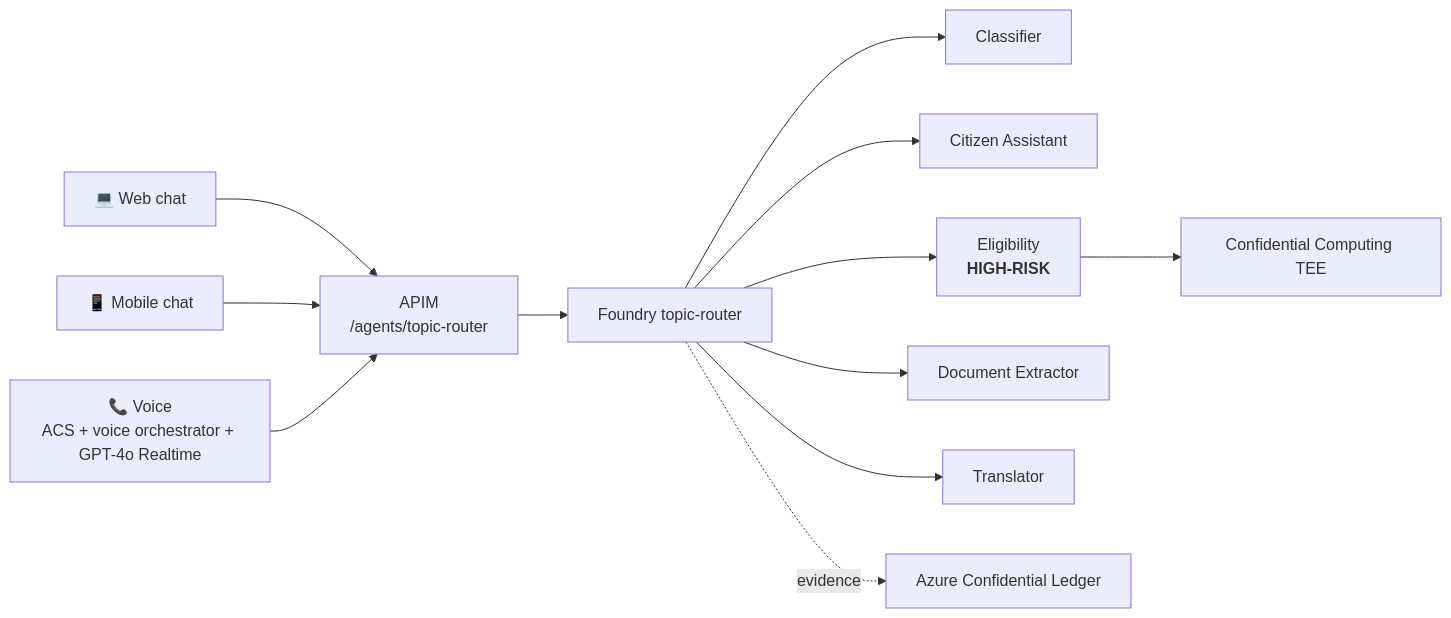
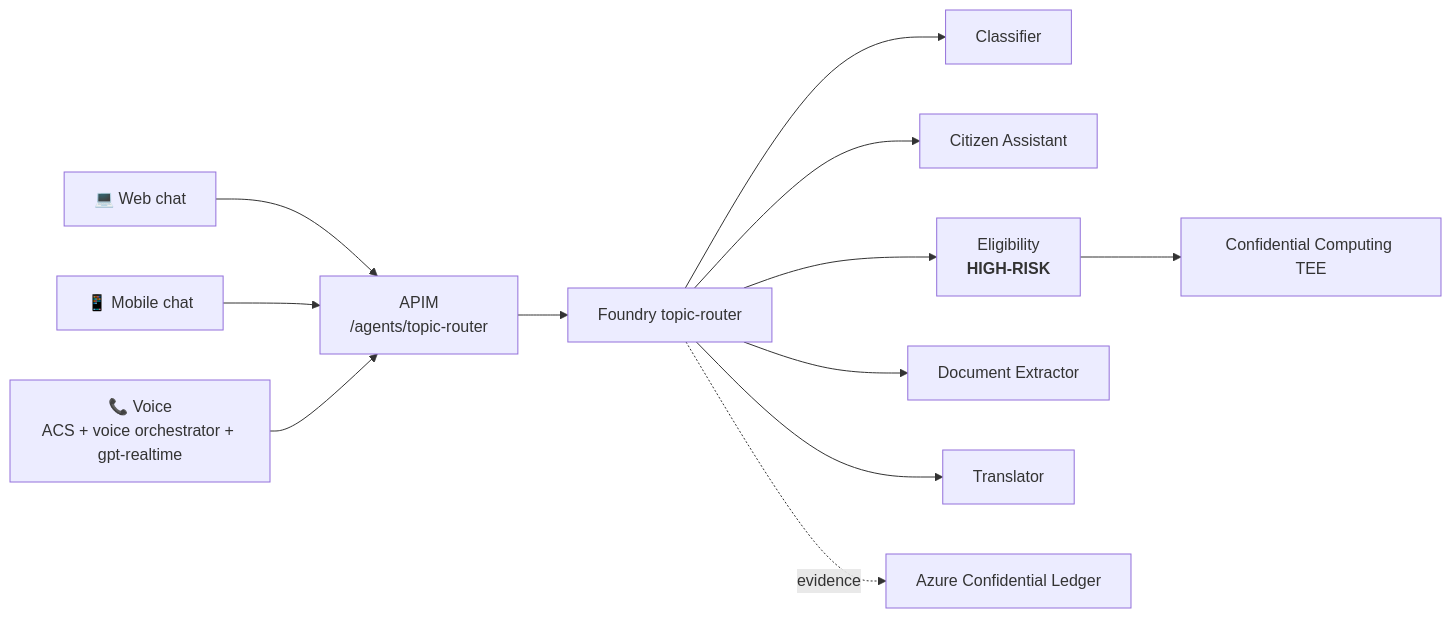
One commit to fredgis/UDCSP changed the second of 6 diagrams in docs/biz/ai.md. Above: the diagram before and after it, drawn with Mermaid. The commit also changed other lines of this file and 9 other files, not shown here.

First line of the commit message:
docs: standardise on 'gpt-realtime' (drop 'GPT-4o Realtime' branding)

````diff
--- a/docs/biz/ai.md
+++ b/docs/biz/ai.md
@@ -288,14 +288,14 @@
 ```mermaid
 flowchart LR
     WEB["💻 Web chat"] --> APIM["APIM<br/>/agents/topic-router"]
     MOB["📱 Mobile chat"] --> APIM
-    VOX["📞 Voice<br/>ACS + voice orchestrator + GPT-4o Realtime"] --> APIM
+    VOX["📞 Voice<br/>ACS + voice orchestrator + gpt-realtime"] --> APIM
     APIM --> ROUTER["Foundry topic-router"]
     ROUTER --> CLS["Classifier"]
     ROUTER --> AST["Citizen Assistant"]
     ROUTER --> ELI["Eligibility<br/><b>HIGH-RISK</b>"]
     ROUTER --> DOC["Document Extractor"]
     ROUTER --> TRA["Translator"]
     ELI --> TEE["Confidential Computing TEE"]
     ROUTER -. evidence .-> LEDGER["Azure Confidential Ledger"]
 ```
````
